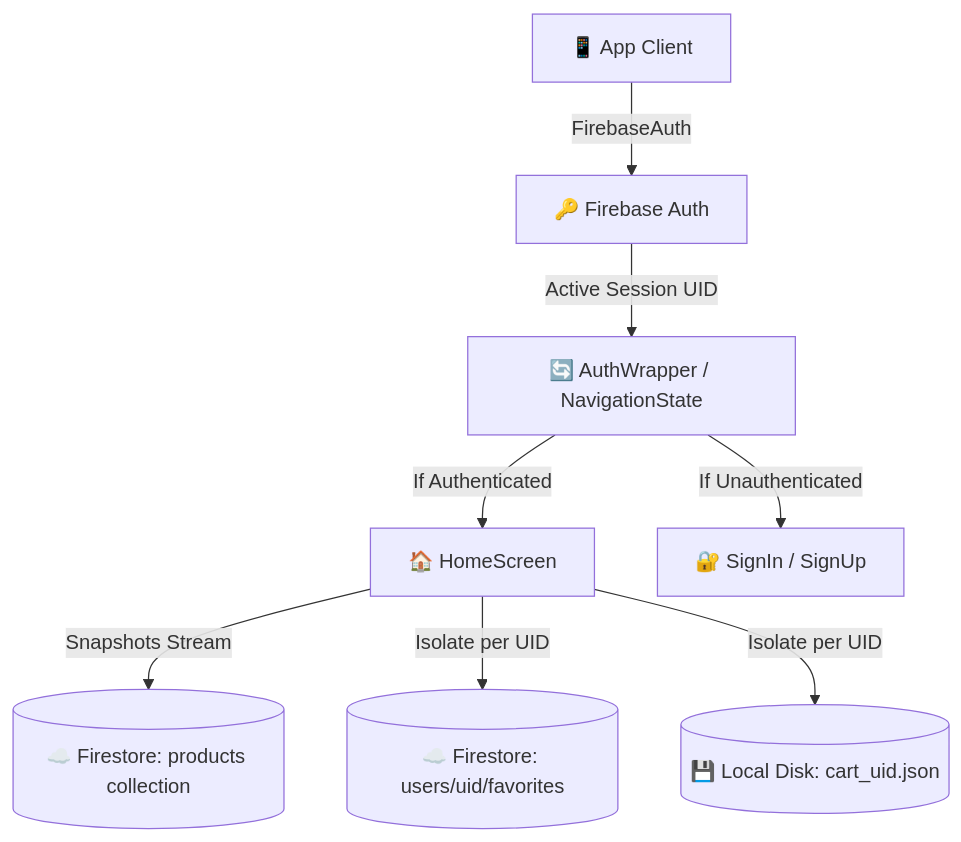
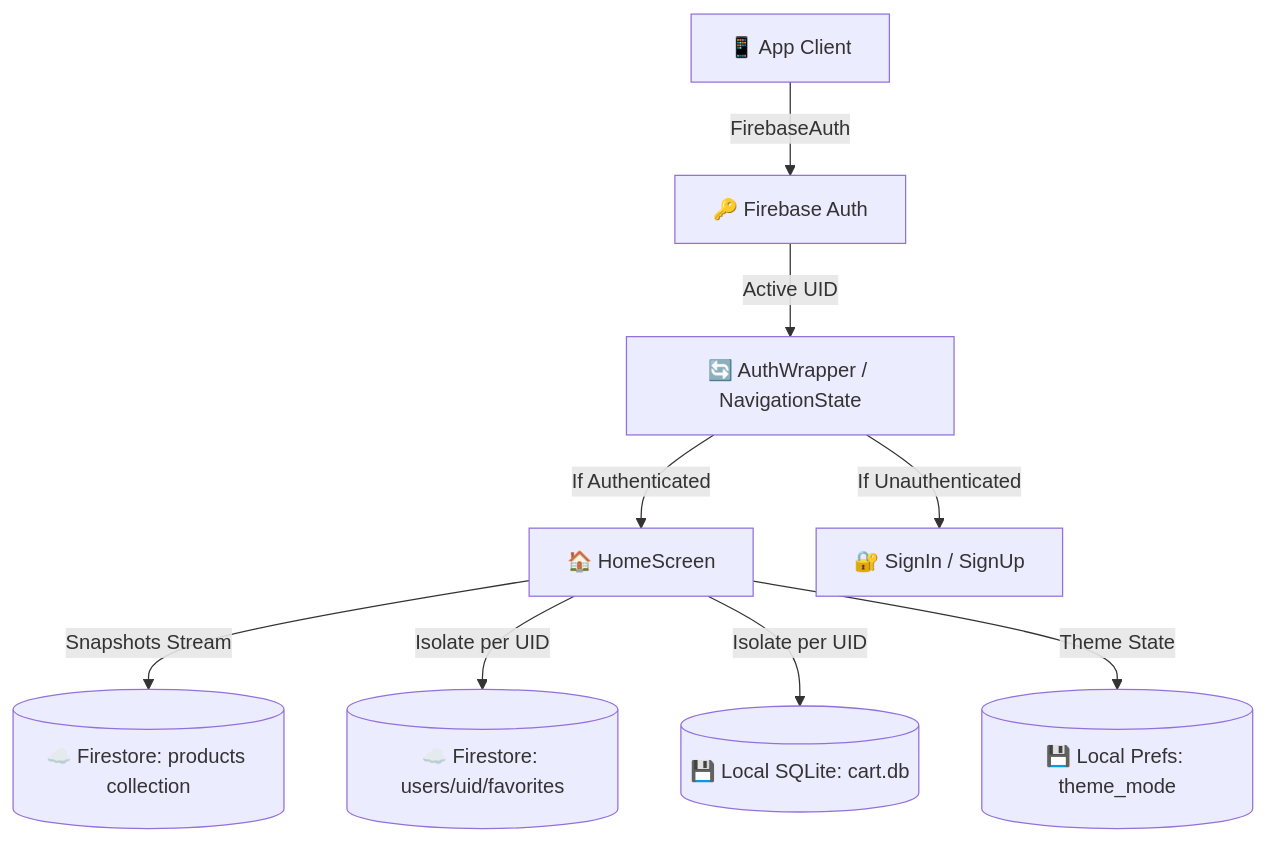
One commit to NABEEHMOHAMMED/E-Commerce-App changed the diagram in README.md. Above: the diagram before and after it, drawn with Mermaid. The commit also changed other lines of this file, not shown here.

````diff
--- a/README.md
+++ b/README.md
@@ -27,12 +28,13 @@
 ```mermaid
 graph TD
     User[📱 App Client] -->|FirebaseAuth| Auth[🔑 Firebase Auth]
-    Auth -->|Active Session UID| UI[🔄 AuthWrapper / NavigationState]
+    Auth -->|Active UID| UI[🔄 AuthWrapper / NavigationState]
     
     UI -->|If Authenticated| Home[🏠 HomeScreen]
     UI -->|If Unauthenticated| Login[🔐 SignIn / SignUp]
     
     Home -->|Snapshots Stream| DB[(☁️ Firestore: products collection)]
     Home -->|Isolate per UID| Favs[(☁️ Firestore: users/uid/favorites)]
-    Home -->|Isolate per UID| Cart[(💾 Local Disk: cart_uid.json)]
+    Home -->|Isolate per UID| Cart[(💾 Local SQLite: cart.db)]
+    Home -->|Theme State| Prefs[(💾 Local Prefs: theme_mode)]
 ```
````
